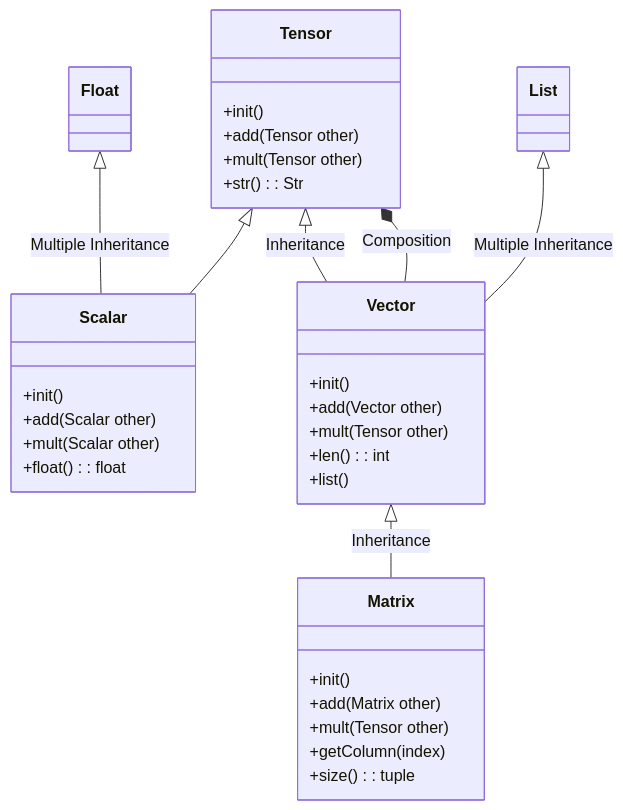
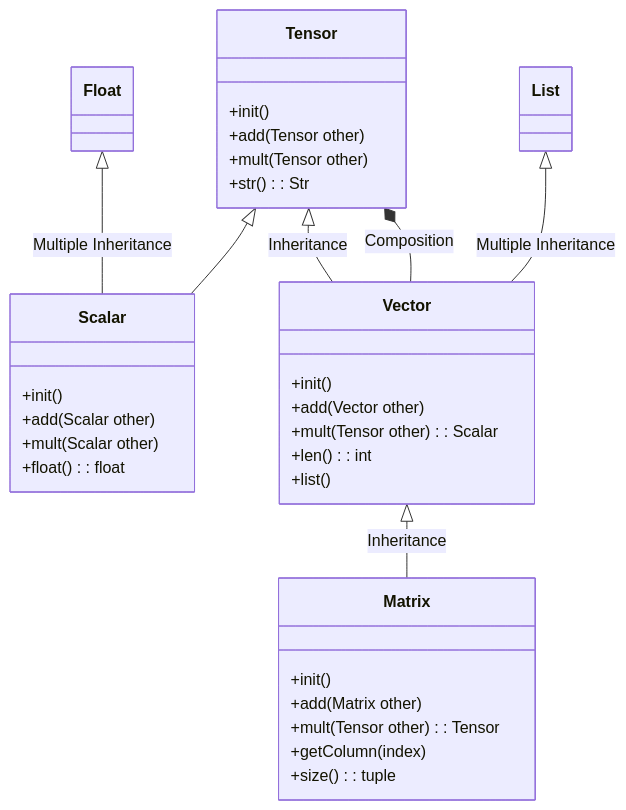
The diagram in diagrams/tensors.md (ElviravdVen/TINLABML_22-23), drawn with Mermaid before and after one commit.

Commit message:
Improved design

````diff
--- a/diagrams/tensors.md
+++ b/diagrams/tensors.md
@@ -1,39 +1,39 @@
 ```mermaid
 classDiagram
     Tensor <|-- Scalar 
     Tensor <|-- Vector : Inheritance
     Vector --* Tensor : Composition
     Float <|-- Scalar : Multiple Inheritance
     List <|-- Vector : Multiple Inheritance
     Vector <|-- Matrix : Inheritance
 
     class Tensor {
         +init() 
         +add(Tensor other) 
         +mult(Tensor other)
         +str(): Str
     }
 
     class Scalar {
         +init()
         +add(Scalar other)
         +mult(Scalar other)
         +float(): float
     }
 
     class Vector {
         +init()
         +add(Vector other)
-        +mult(Tensor other)
+        +mult(Tensor other): Scalar
         +len(): int
         +list()
     }
 
     class Matrix {
         +init()
         +add(Matrix other)
-        +mult(Tensor other)
+        +mult(Tensor other): Tensor
         +getColumn(index)
         +size(): tuple
     }
 ```
````
